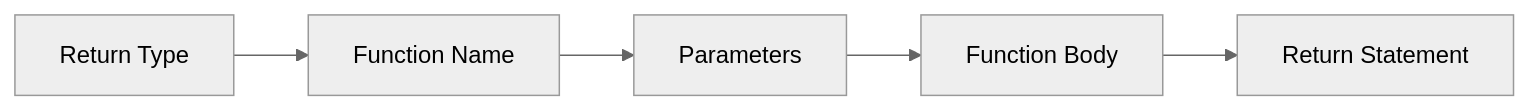
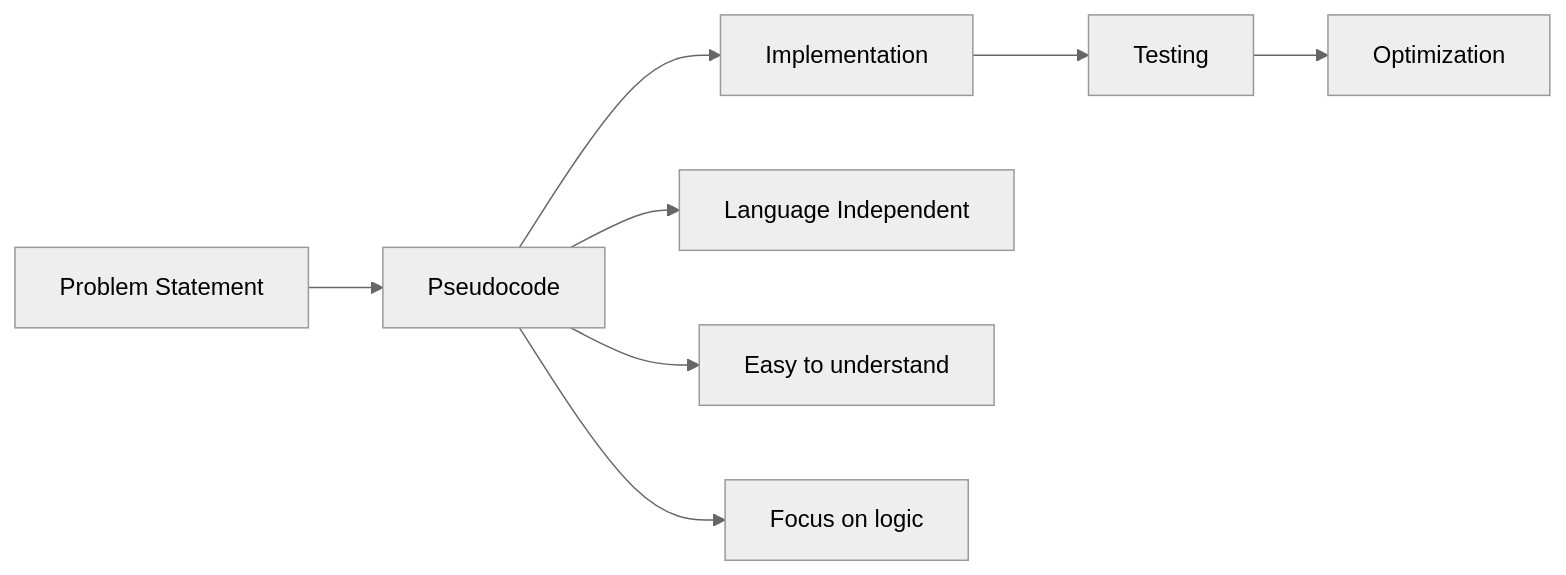
The second of 2 diagrams in src/content/soft-skills/dsa/bai-1.md (khieu-dv/vievlog), drawn with Mermaid (neutral theme) before and after one commit. The commit also changed other lines of this file and 19 other files, not shown here.

````diff
--- a/src/content/soft-skills/dsa/bai-1.md
+++ b/src/content/soft-skills/dsa/bai-1.md
@@ -148,7 +159,11 @@
 ```mermaid
 graph LR
-    A[Return Type] --> B[Function Name]
-    B --> C[Parameters]
-    C --> D[Function Body]
-    D --> E[Return Statement]
+    A[Problem Statement] --> B[Pseudocode]
+    B --> C[Implementation]
+    C --> D[Testing]
+    D --> E[Optimization]
+
+    B --> F[Language Independent]
+    B --> G[Easy to understand]
+    B --> H[Focus on logic]
 ```
````
